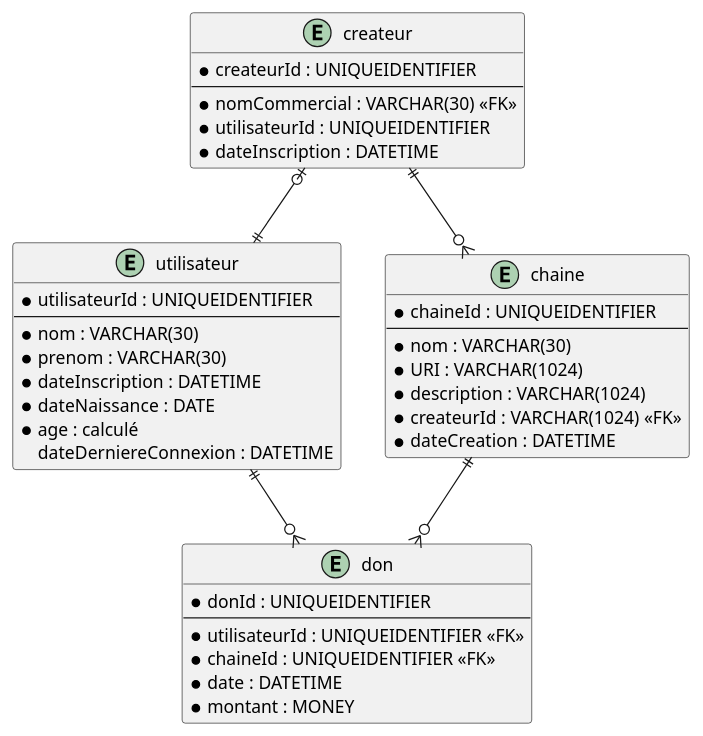
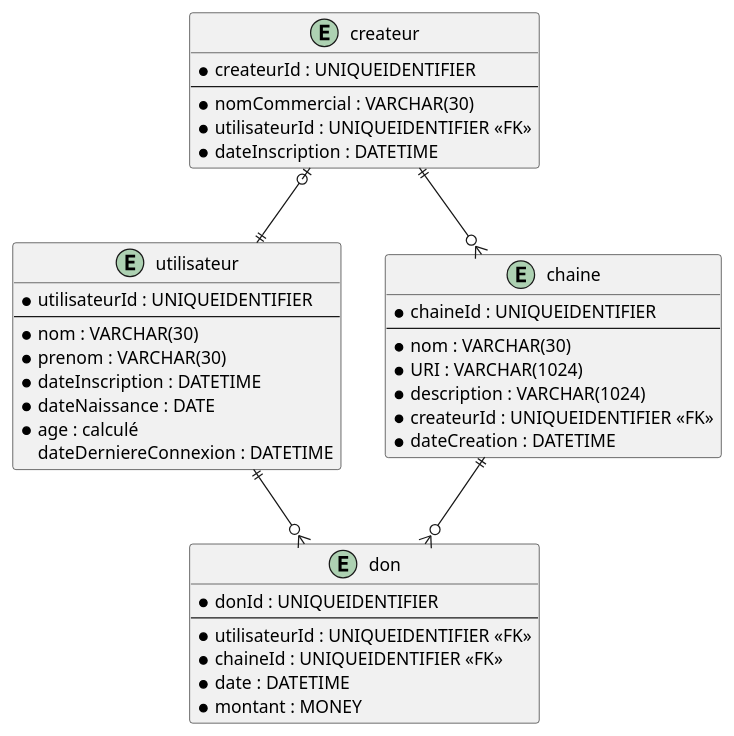
Before and after one commit to PiFou86/420-W34-SF: the diagram in Module01_Introduction/Module01_exercice01.wsd, drawn with PlantUML. The commit also changed 1 other file, not shown here.

```diff
--- a/Module01_Introduction/Module01_exercice01.wsd
+++ b/Module01_Introduction/Module01_exercice01.wsd
@@ -1,46 +1,46 @@
 @startuml Exercice_Createur
 
 entity utilisateur {
     * utilisateurId : UNIQUEIDENTIFIER
     --
     * nom : VARCHAR(30)
     * prenom : VARCHAR(30)
     * dateInscription : DATETIME
     * dateNaissance : DATE
     * age : calculé
     dateDerniereConnexion : DATETIME
 }
 
 entity createur {
     * createurId : UNIQUEIDENTIFIER
     --
-    * nomCommercial : VARCHAR(30) <<FK>>
-    * utilisateurId : UNIQUEIDENTIFIER
+    * nomCommercial : VARCHAR(30)
+    * utilisateurId : UNIQUEIDENTIFIER <<FK>>
     * dateInscription : DATETIME
 }
 
 entity chaine {
     * chaineId : UNIQUEIDENTIFIER
     --
     * nom : VARCHAR(30)
     * URI : VARCHAR(1024)
     * description : VARCHAR(1024)
-    * createurId : VARCHAR(1024) <<FK>>
+    * createurId : UNIQUEIDENTIFIER <<FK>>
     * dateCreation : DATETIME
 }
 
 entity don {
     * donId : UNIQUEIDENTIFIER
     --
     * utilisateurId : UNIQUEIDENTIFIER <<FK>>
     * chaineId : UNIQUEIDENTIFIER <<FK>>
     * date : DATETIME
     * montant : MONEY
 }
 
 utilisateur ||--o{ don
 chaine ||--o{ don
 createur ||--o{ chaine
 createur |o--|| utilisateur
 
 @enduml
```
